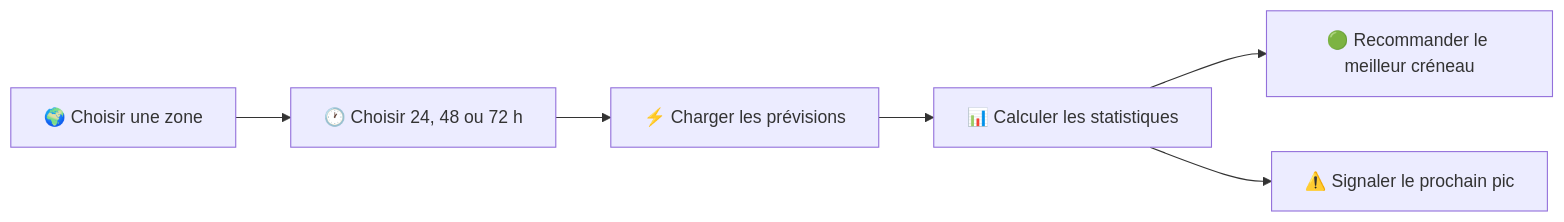
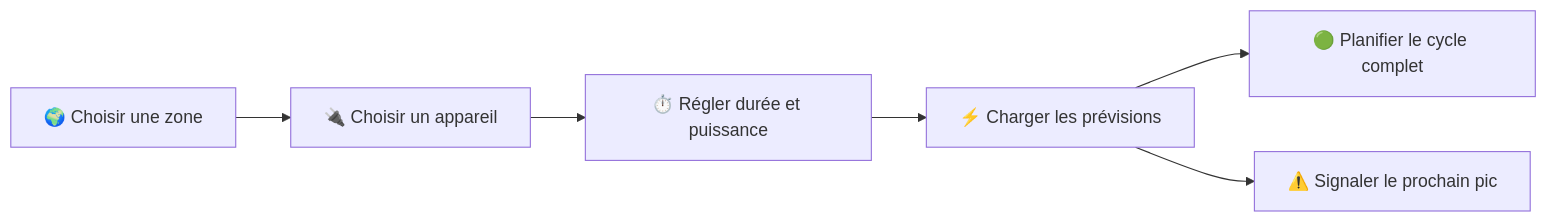
One commit to nouhailler/Electror changed the first of 2 diagrams in README.md. Above: the diagram before and after it, drawn with Mermaid. The commit also changed other lines of this file and 16 other files, not shown here.

````diff
--- a/README.md
+++ b/README.md
@@ -73,8 +77,8 @@
 ```mermaid
 flowchart LR
-  A[🌍 Choisir une zone] --> B[🕐 Choisir 24, 48 ou 72 h]
-  B --> C[⚡ Charger les prévisions]
-  C --> D[📊 Calculer les statistiques]
-  D --> E[🟢 Recommander le meilleur créneau]
+  A[🌍 Choisir une zone] --> B[🔌 Choisir un appareil]
+  B --> C[⏱️ Régler durée et puissance]
+  C --> D[⚡ Charger les prévisions]
+  D --> E[🟢 Planifier le cycle complet]
   D --> F[⚠️ Signaler le prochain pic]
 ```
````
